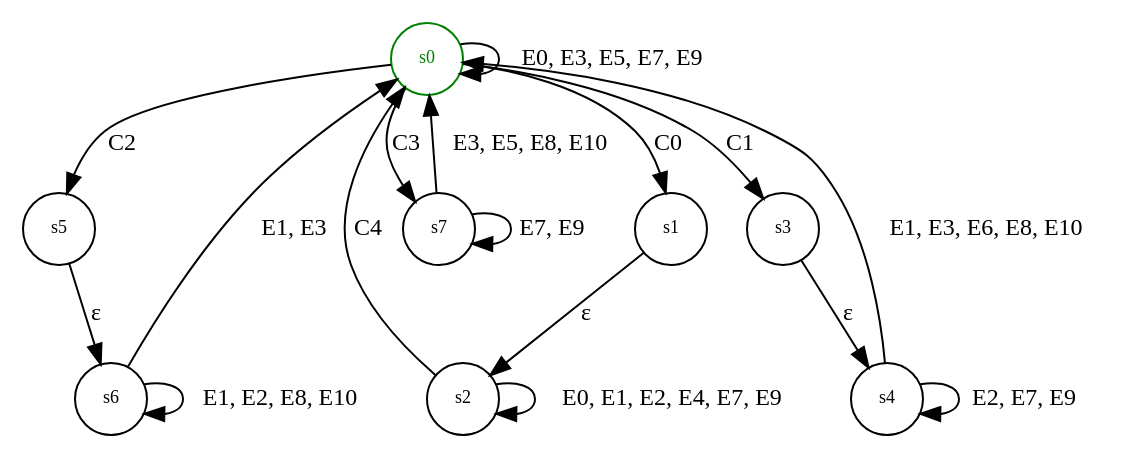
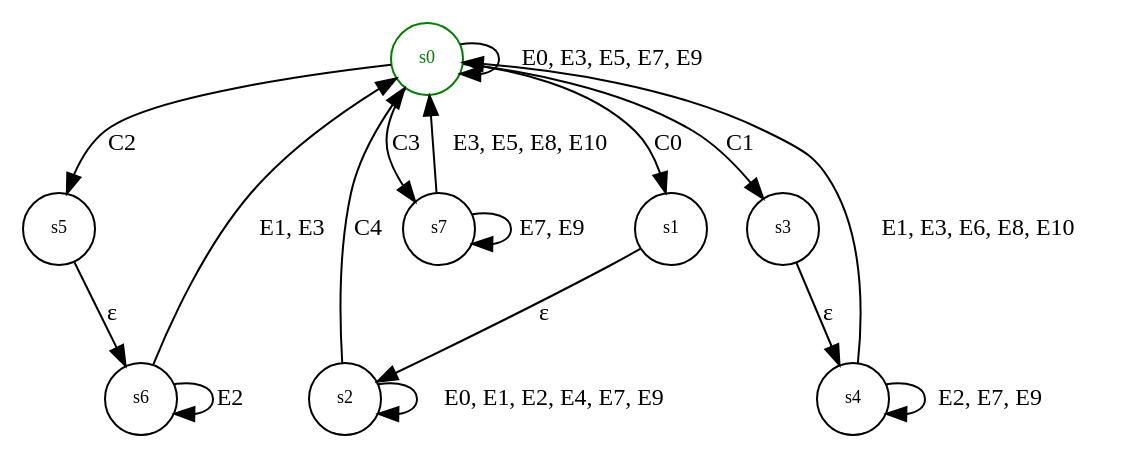
The diagram in source/state_machine_row_selection.gv (eidolonsystems/clipped_table), drawn with Graphviz before and after one commit. The commit also changed 1 other file, not shown here.

```diff
--- a/source/state_machine_row_selection.gv
+++ b/source/state_machine_row_selection.gv
@@ -1,158 +1,158 @@
 
 digraph ColumnResizing{
   node [shape = circle, fontsize = 9];
   edge [ fontsize = 12];
 
   s0 [label="s0" color = green, fontcolor = green,];
   s5 [label="s5"];
   s6 [label="s6"];
   s1 [label="s1"];
   s2 [label="s2"];
   s3 [label="s3"];
   s4 [label="s4"];
 
 
   s0 -> s0 [label = "E0, E3, E5, E7, E9"];
   s0 -> s5 [label = "C2"];
   s0 -> s1 [label = "C0"];
   s0 -> s3 [label = "C1"];
   s5 -> s6 [label = "&#949;"];
-  s6 -> s6 [label = "E1, E2, E8, E10"];
+  s6 -> s6 [label = "E2"];
   s6 -> s0 [label = "E1, E3" ];
   s1 -> s2 [label = "&#949;"];
   s2 -> s2 [label = "E0, E1, E2, E4, E7, E9"];
   s2 -> s0 [label = "C4"];
   s3 -> s4 [label = "&#949;"];
   s4 -> s0 [label = "E1, E3, E6, E8, E10"];
   s4 -> s4 [label = "E2, E7, E9"];
   s0 -> s7 [label = "C3"];
   s7 -> s7 [label = "E7, E9"];
   s7 -> s0 [label = "E3, E5, E8, E10"];
   
   { rank=same; s5, s7 }
 }
 
 /**
 Parameters:
 originalTable (TableModel)
 
 Fields:
 selectedRows (ArrayTableModel) 
   - The model that keeps track of which rows are selected
 highlightedRow (number) - The row currently highlighted
 previousRow (number) - The last row that was current
 currentRow (number) - The row the mouse is currently inside or 
   that the keyboard is focued on
 isShiftDown (boolean) - Keeps trackXX of if SHIFT is down
 isCtrlDown (boolean) - Keeps track of if CTRL is down
 isMouseDown (boolean) - Keeps track of the left mouse button
 isUpDown (boolean) - Keeps track of if the up key is down
 isDownDown (boolean) - Keeps track of if the down key is down
 isAdding (boolean) - Keeps track of if rows should be added
 
 Initialization:
 selectedRows = new ArrayTable()
 for(row in OriginalTable) {
   selectedRows.add([false]);
 }
 add row 0 to selectedRows
 hilightedRow = 0
 previousRow = 0
 currentRow = 0
 isShiftDown = false
 isCtrlDown = false
 isMouseDown = false
 isUpDown = false
 isDownDown = false
 isAdding = true
 
 States:
 s0: Starting state.
 s1:
   selectedRows = clear all true values
   previousRow = highlightedRow
 s2: 
   if(currentRow >= previousRow && currentRow >= highlightedRow
       || currentRow <= previousRow && currentRow <= highlightedRow) {
     add rows from previousRow to currentRow
   } else {
     remove rows from previousRow to currentRow
   }
 s3:
   highlightedRow = currentRow
   previousRow = highlightedRow
   if(current in selected[]) {
     isAdding = false;
   } else {
     isAdding = true;
   }
 s4:
   if(isAdding) {
     if(currentRow >= previousRow && currentRow >= highlightedRow
         || currentRow <= previousRow && currentRow <= highlightedRow) {
       add rows from previousRow to currentRow
     } else {
       remove rows from previousRow to currentRow
     }
   } else {
     if(currentRow >= previousRow && currentRow >= highlightedRow
         || currentRow <= previousRow && currentRow <= highlightedRow) {
       add rows from previousRow to currentRow
     } else {
       remove rows from previousRow to currentRow
     }
   }
 s5:
   selectedRows = clear all true values
   highlightedRow = currentRow
   previousRow = highlightedRow
 s6:
   if(currentRow >= previousRow && currentRow >= highlightedRow
       || currentRow <= previousRow && currentRow <= highlightedRow) {
     add rows from previousRow to currentRow
   } else {
     remove rows from previousRow to currentRow
   }
 s7:
   selectedRows = clear all true values
   highlightedRow = currentRow
   add hilightedRow to selectedRows
 
 C0: isShiftDown && (isMouseDown || isUpDown || isDownDown)
 C1: isCtrlDown && (isMouseDown || isUpDown || isDownDown)
 C2: !isShiftDown && !isCtrlDown && isMouseDown
 C3: !isShiftDown && !isCtrlDown && (isUpDown || isDownDown)
 C4: !isMouseDown && !isShiftDown
 
 E0: Mouse Down
   isMouseDown = true
   currentRow = row
 E1: Mouse Up
   isMouseDown = false
 E2: Mouse Enters a row
   if(isMouseDown): 
     currentRow = row
 E3: Shift Down
   isShiftDown = true
 E4: Shift Up
   isShiftDown = false
 E5: Ctrl Down
   isCtrlDown = true
 E6: Ctrl Up
   isCtrlDown = false
 E7: Up Button Down
   isUpDown = true
   if (currentRow != 0 && !isMouseDown):
     previousRow = currentRow
     currentRow = currentRow - 1
 E8: Up Button Up
   isUpDown = false
 E9: Down Button Down
   isDownDown = true
   if(currentRow < selectedtable && !isMouseDown) {
     previousRow = currentRow
     currentRow = currentRow + 1
   }
 E10: Down Button Up
    isDownDown = false
 */
```
